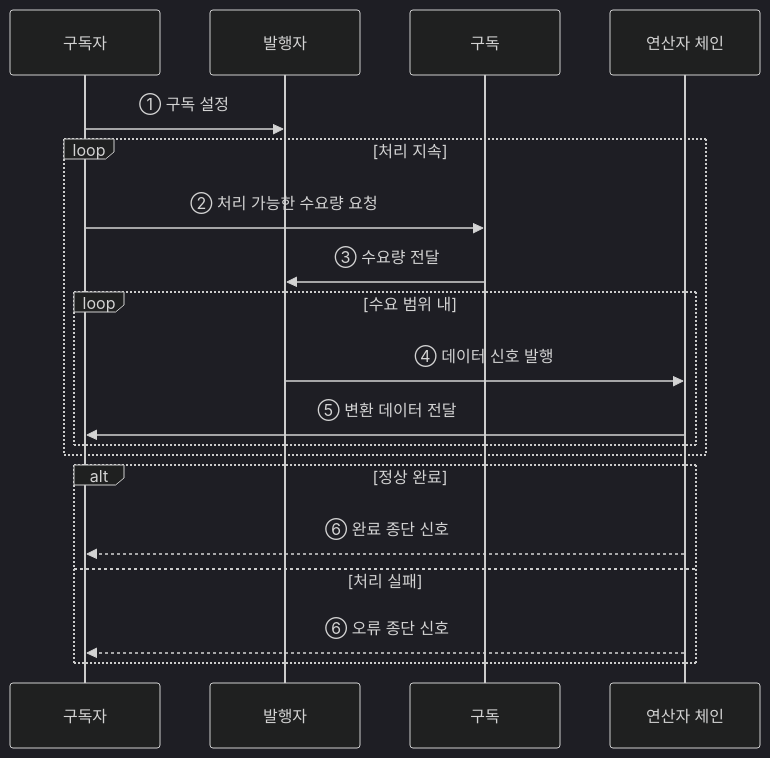
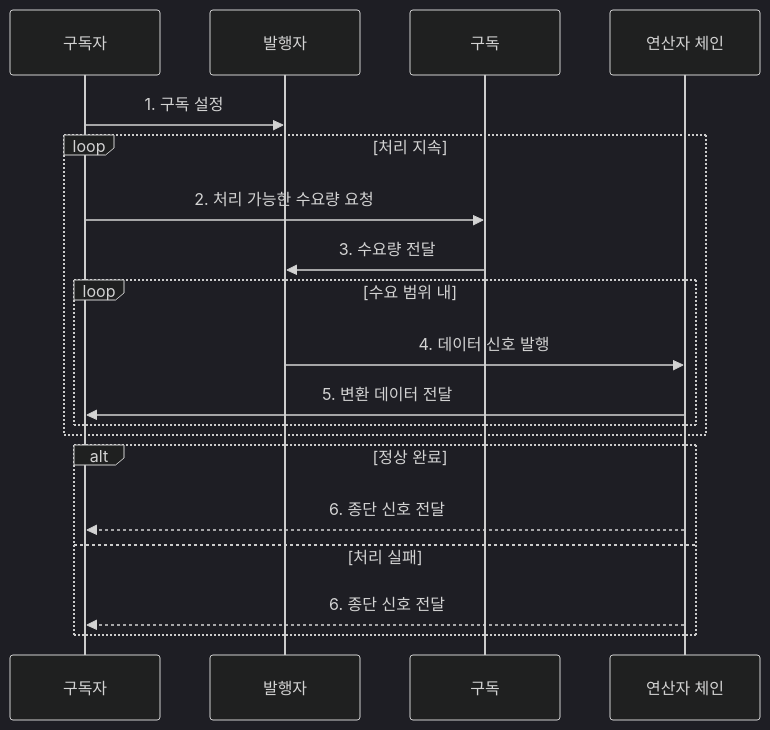
The second of 2 diagrams in src/content/docs/notes/03-software/027_reactive_programming.md (agnusdei1207/knowledge-base), drawn with Mermaid (dark theme) before and after one commit. The commit also changed other lines of this file and 20 other files, not shown here.

````diff
--- a/src/content/docs/notes/03-software/027_reactive_programming.md
+++ b/src/content/docs/notes/03-software/027_reactive_programming.md
@@ -89,21 +88,21 @@
 ```mermaid
 sequenceDiagram
     participant C as 구독자
     participant P as 발행자
     participant U as 구독
     participant O as 연산자 체인
-    C->>P: ① 구독 설정
+    C->>P: 1. 구독 설정
     loop 처리 지속
-        C->>U: ② 처리 가능한 수요량 요청
-        U->>P: ③ 수요량 전달
+        C->>U: 2. 처리 가능한 수요량 요청
+        U->>P: 3. 수요량 전달
         loop 수요 범위 내
-            P->>O: ④ 데이터 신호 발행
-            O->>C: ⑤ 변환 데이터 전달
+            P->>O: 4. 데이터 신호 발행
+            O->>C: 5. 변환 데이터 전달
         end
     end
     alt 정상 완료
-        O-->>C: ⑥ 완료 종단 신호
+        O-->>C: 6. 종단 신호 전달
     else 처리 실패
-        O-->>C: ⑥ 오류 종단 신호
+        O-->>C: 6. 종단 신호 전달
     end
 ```
````
